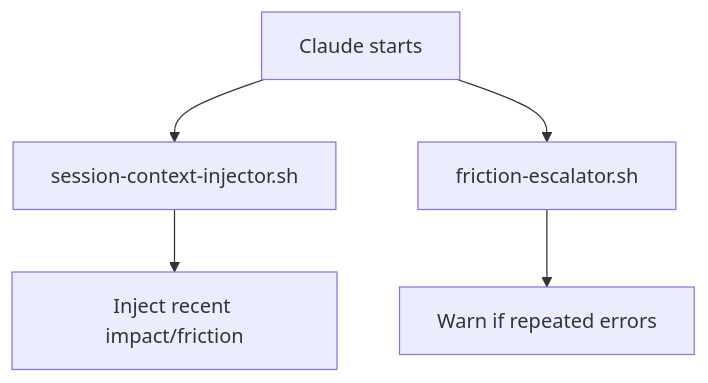
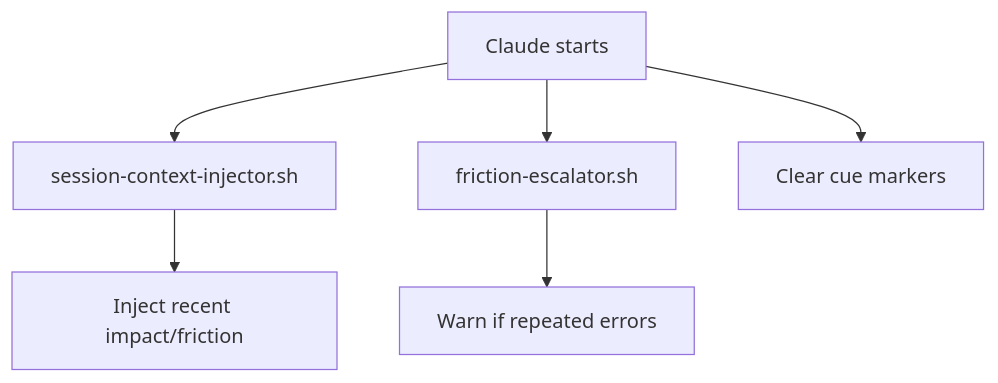
Before and after one commit to meaganewaller/weekly-reviews: diagram 11 of 16 in data-capture.md, drawn with Mermaid. The commit also changed other lines of this file and 10 other files, not shown here.

```diff
--- a/data-capture.md
+++ b/data-capture.md
@@ -191,7 +288,8 @@
 {% mermaid %}
 flowchart TD
     A[Claude starts] --> B[session-context-injector.sh]
     A --> C[friction-escalator.sh]
-    B --> D[Inject recent impact/friction]
-    C --> E[Warn if repeated errors]
+    A --> D[Clear cue markers]
+    B --> E[Inject recent impact/friction]
+    C --> F[Warn if repeated errors]
 {% endmermaid %}
```
